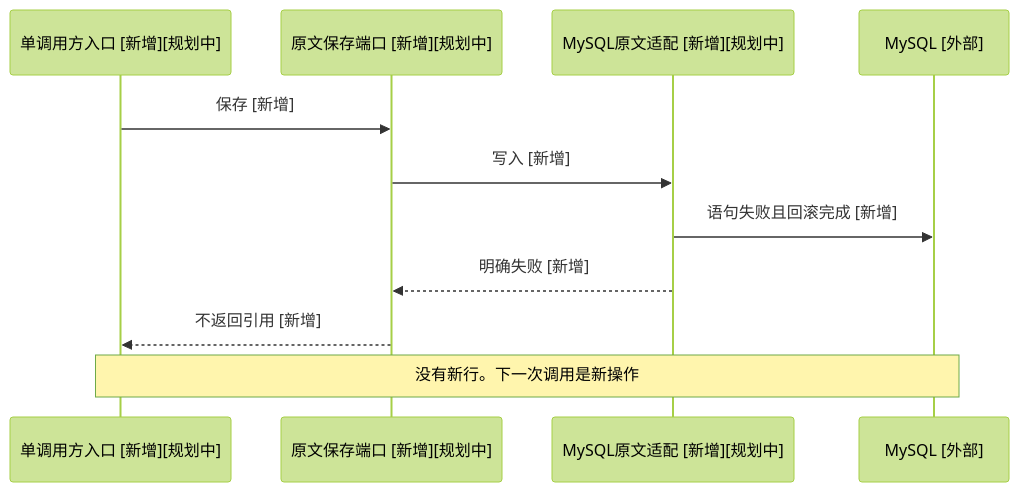
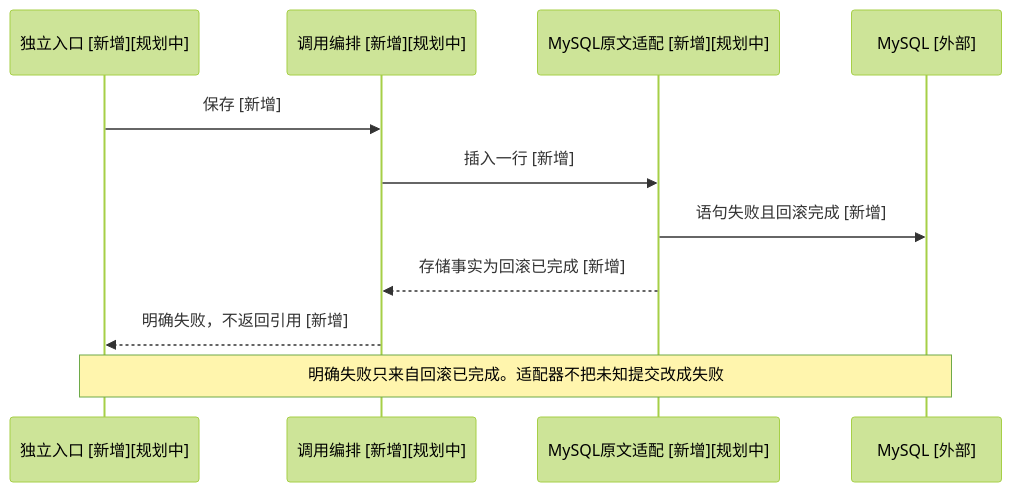
One commit to david606/mtx-data-platform changed the fourth of 5 diagrams in docs/development/SC-1-正式原文保存最小实施授权草案.md. Above: the diagram before and after it, drawn with Mermaid (forest theme). The commit also changed other lines of this file, not shown here.

````diff
--- a/docs/development/SC-1-正式原文保存最小实施授权草案.md
+++ b/docs/development/SC-1-正式原文保存最小实施授权草案.md
@@ -227,13 +257,13 @@
 ```mermaid
 sequenceDiagram
-    participant Caller as 单调用方入口 [新增][规划中]
-    participant Port as 原文保存端口 [新增][规划中]
-    participant Adapt as MySQL原文适配 [新增][规划中]
+    participant Entry as 独立入口 [新增][规划中]
+    participant Orch as 调用编排 [新增][规划中]
+    participant Store as MySQL原文适配 [新增][规划中]
     participant DB as MySQL [外部]
-    Caller->>Port: 保存 [新增]
-    Port->>Adapt: 写入 [新增]
-    Adapt->>DB: 语句失败且回滚完成 [新增]
-    Adapt-->>Port: 明确失败 [新增]
-    Port-->>Caller: 不返回引用 [新增]
-    Note over Caller,DB: 没有新行。下一次调用是新操作
+    Entry->>Orch: 保存 [新增]
+    Orch->>Store: 插入一行 [新增]
+    Store->>DB: 语句失败且回滚完成 [新增]
+    Store-->>Orch: 存储事实为回滚已完成 [新增]
+    Orch-->>Entry: 明确失败，不返回引用 [新增]
+    Note over Entry,DB: 明确失败只来自回滚已完成。适配器不把未知提交改成失败
 ```
````
